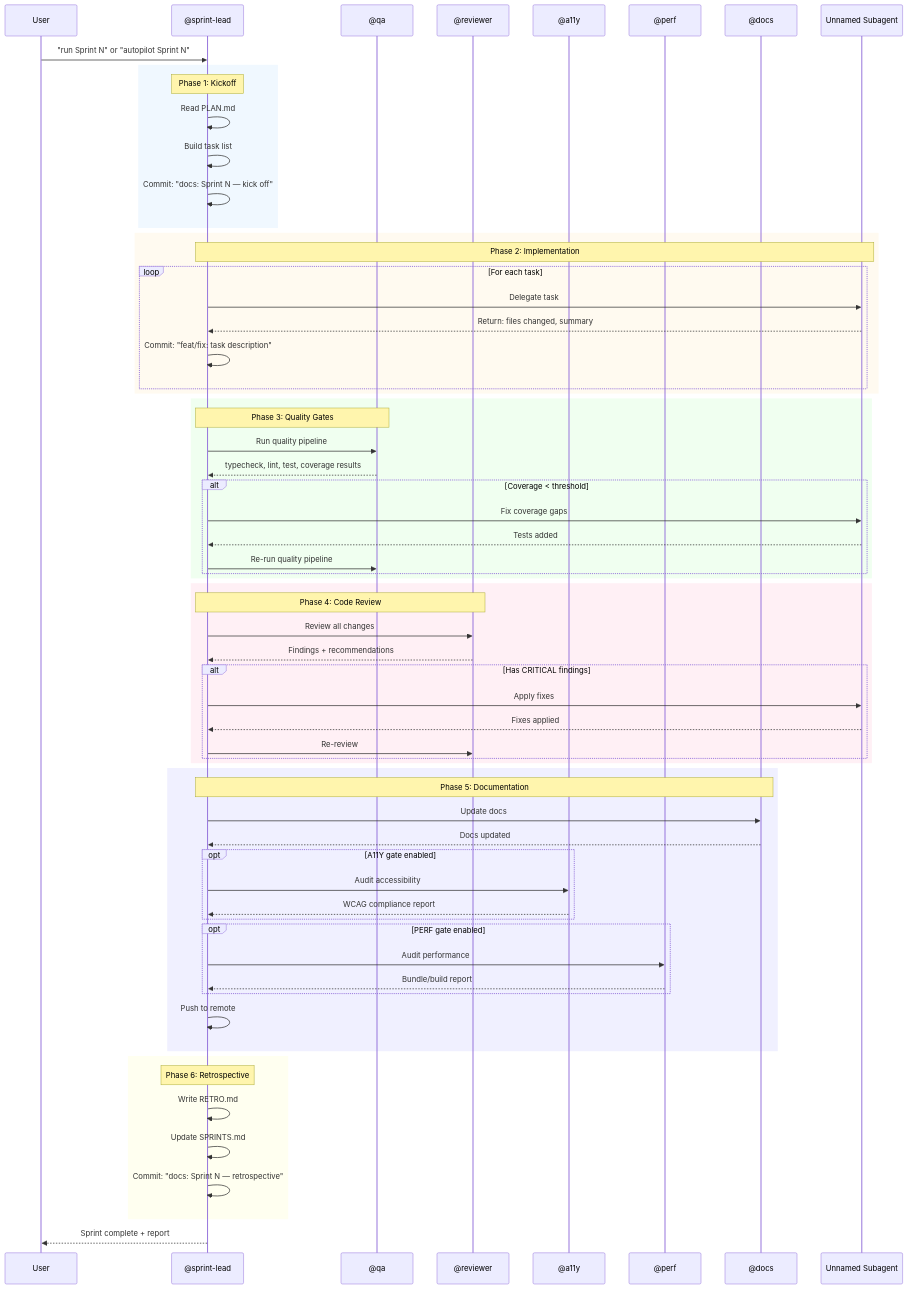
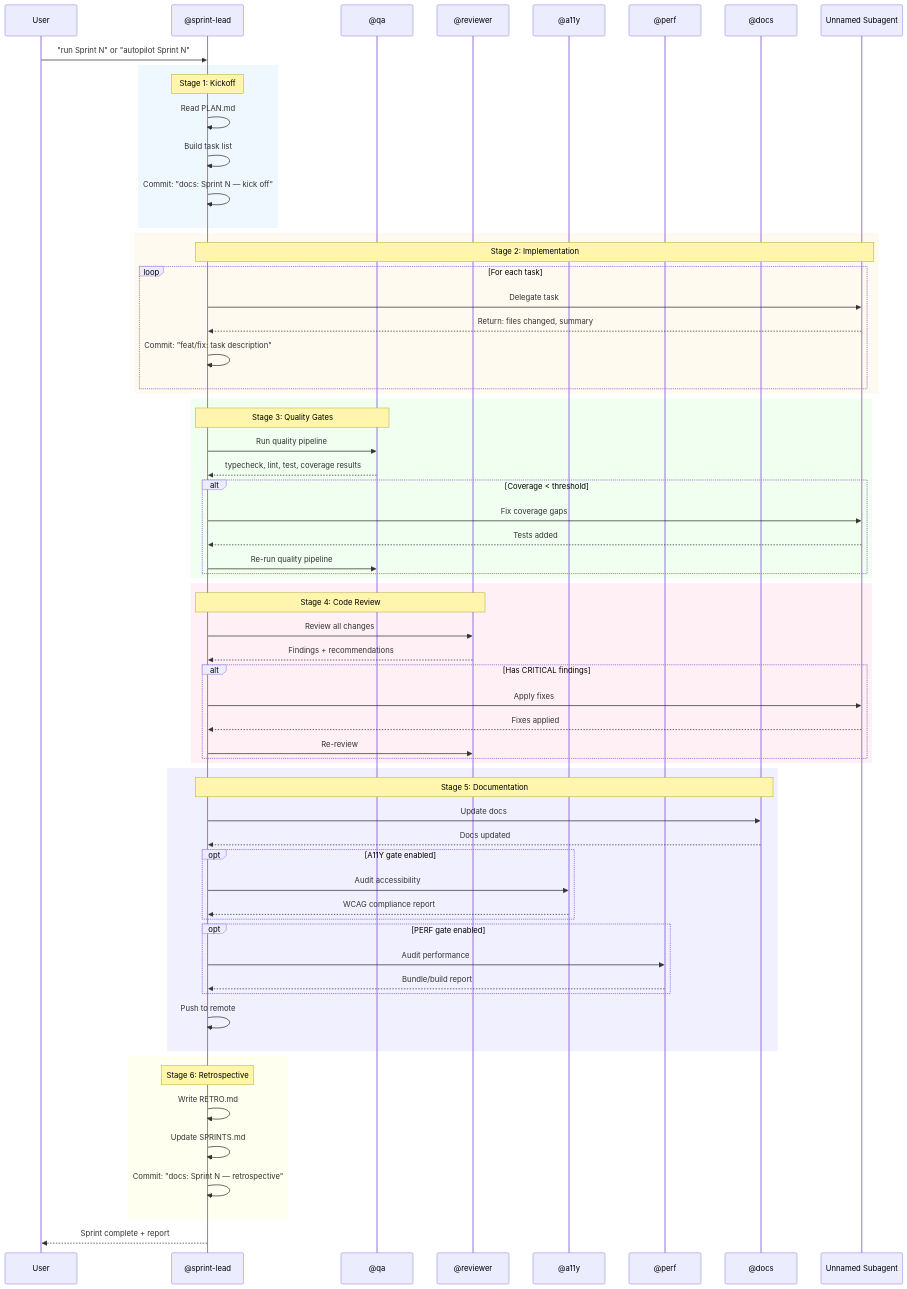
Before and after one commit to j78f88/agent-enterprise: the first of 7 diagrams in docs/SKILL_FLOW.md, drawn with Mermaid. The commit also changed other lines of this file and 8 other files, not shown here.

````diff
--- a/docs/SKILL_FLOW.md
+++ b/docs/SKILL_FLOW.md
@@ -27,75 +29,75 @@
 ```mermaid
 sequenceDiagram
     participant User
     participant SL as @sprint-lead
     participant QA as @qa
     participant RV as @reviewer
     participant A11Y as @a11y
     participant PERF as @perf
     participant DOCS as @docs
     participant SUB as Unnamed Subagent
     
     User->>SL: "run Sprint N" or "autopilot Sprint N"
     
     rect rgb(240, 248, 255)
-        Note over SL: Phase 1: Kickoff
+        Note over SL: Stage 1: Kickoff
         SL->>SL: Read PLAN.md
         SL->>SL: Build task list
         SL->>SL: Commit: "docs: Sprint N — kick off"
     end
     
     rect rgb(255, 250, 240)
-        Note over SL,SUB: Phase 2: Implementation
+        Note over SL,SUB: Stage 2: Implementation
         loop For each task
             SL->>SUB: Delegate task
             SUB-->>SL: Return: files changed, summary
             SL->>SL: Commit: "feat/fix: task description"
         end
     end
     
     rect rgb(240, 255, 240)
-        Note over SL,QA: Phase 3: Quality Gates
+        Note over SL,QA: Stage 3: Quality Gates
         SL->>QA: Run quality pipeline
         QA-->>SL: typecheck, lint, test, coverage results
         alt Coverage < threshold
             SL->>SUB: Fix coverage gaps
             SUB-->>SL: Tests added
             SL->>QA: Re-run quality pipeline
         end
     end
     
     rect rgb(255, 240, 245)
-        Note over SL,RV: Phase 4: Code Review
+        Note over SL,RV: Stage 4: Code Review
         SL->>RV: Review all changes
         RV-->>SL: Findings + recommendations
         alt Has CRITICAL findings
             SL->>SUB: Apply fixes
             SUB-->>SL: Fixes applied
             SL->>RV: Re-review
         end
     end
     
     rect rgb(240, 240, 255)
-        Note over SL,DOCS: Phase 5: Documentation
+        Note over SL,DOCS: Stage 5: Documentation
         SL->>DOCS: Update docs
         DOCS-->>SL: Docs updated
         opt A11Y gate enabled
             SL->>A11Y: Audit accessibility
             A11Y-->>SL: WCAG compliance report
         end
         opt PERF gate enabled
             SL->>PERF: Audit performance
             PERF-->>SL: Bundle/build report
         end
         SL->>SL: Push to remote
     end
     
     rect rgb(255, 255, 240)
-        Note over SL: Phase 6: Retrospective
+        Note over SL: Stage 6: Retrospective
         SL->>SL: Write RETRO.md
         SL->>SL: Update SPRINTS.md
         SL->>SL: Commit: "docs: Sprint N — retrospective"
     end
     
     SL-->>User: Sprint complete + report
 ```
````
